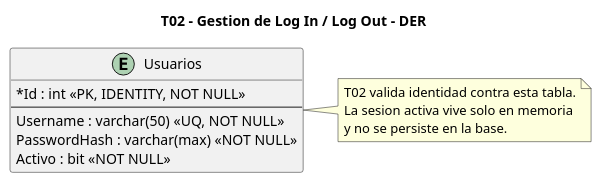
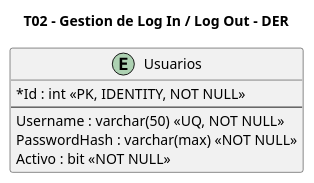
The diagram in diagramas/T02-login-logout/T02-login-logout-datos.puml (aggutierrez98/TP-TD), drawn with PlantUML before and after one commit. The commit also changed 7 other files, not shown here.

Commit message:
Eliminar comentarios de diagramas

```diff
--- a/diagramas/T02-login-logout/T02-login-logout-datos.puml
+++ b/diagramas/T02-login-logout/T02-login-logout-datos.puml
@@ -1,22 +1,16 @@
 @startuml
 title T02 - Gestion de Log In / Log Out - DER
 
 hide methods
 hide stereotypes
 skinparam classAttributeIconSize 0
 
 entity "Usuarios" as Usuarios {
   *Id : int <<PK, IDENTITY, NOT NULL>>
   --
   Username : varchar(50) <<UQ, NOT NULL>>
   PasswordHash : varchar(max) <<NOT NULL>>
   Activo : bit <<NOT NULL>>
 }
 
-note right of Usuarios
-  T02 valida identidad contra esta tabla.
-  La sesion activa vive solo en memoria
-  y no se persiste en la base.
-end note
-
 @enduml
```
